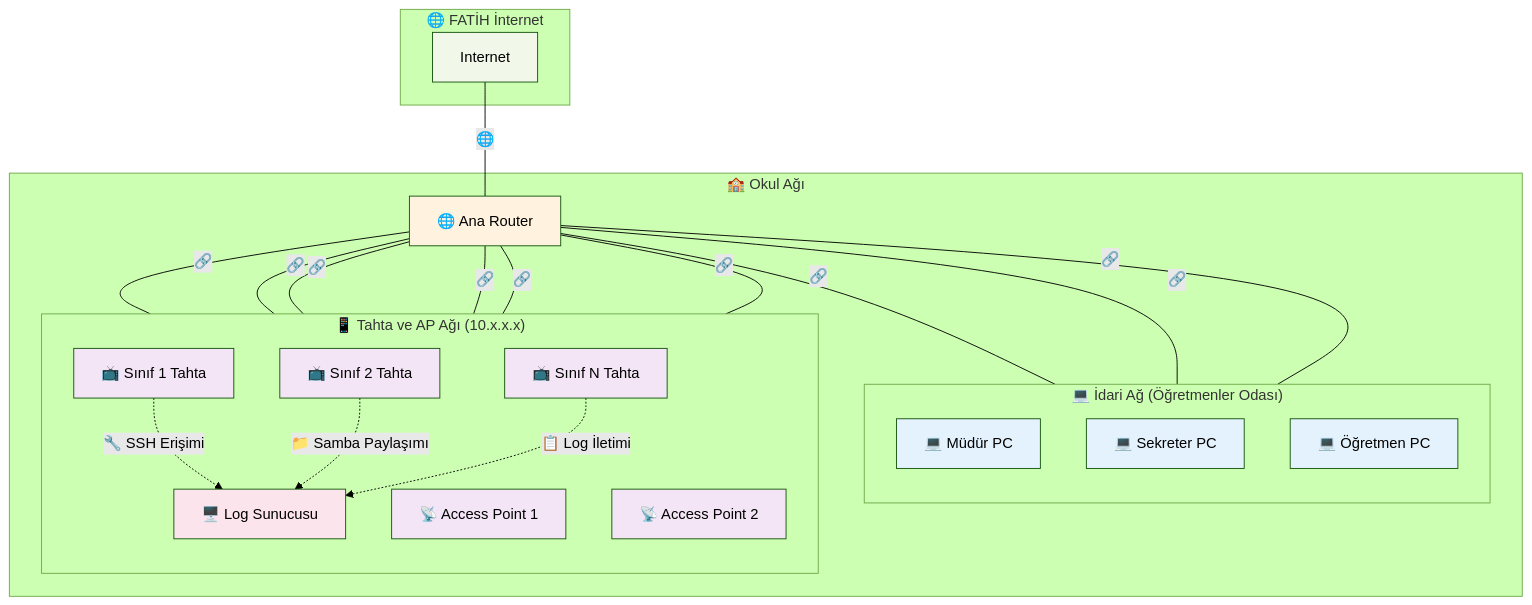
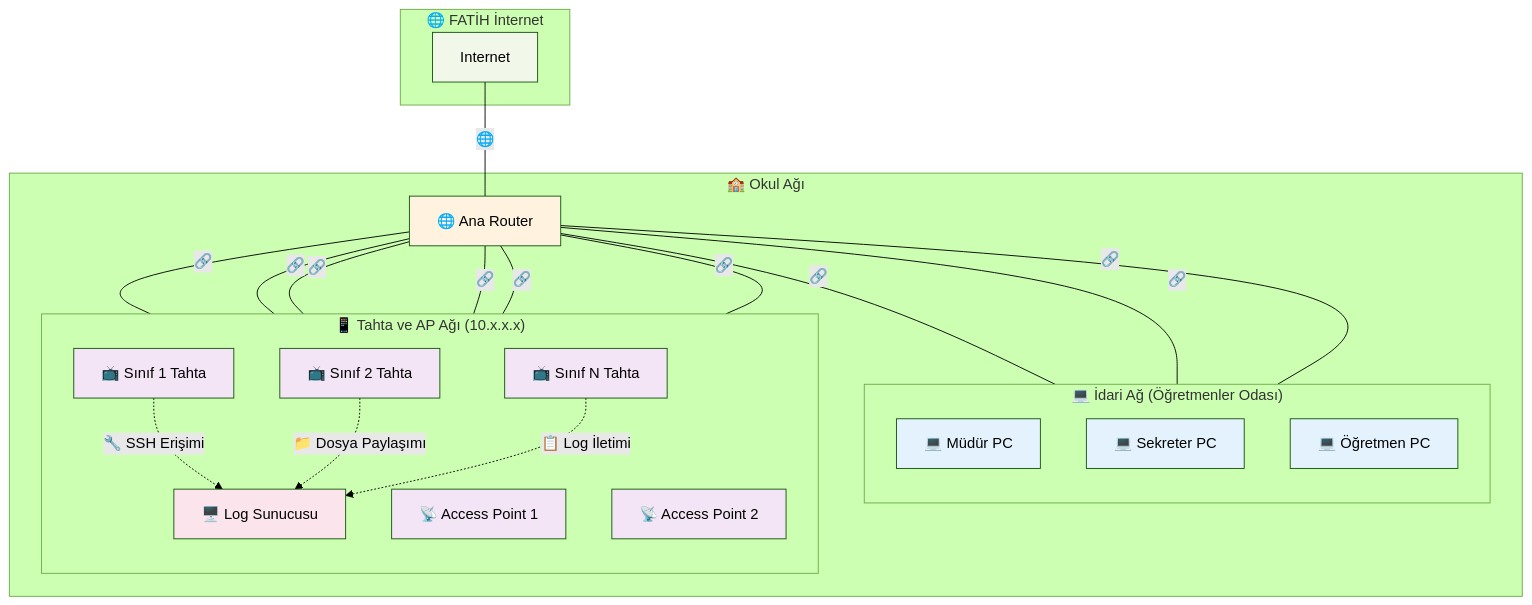
One commit to enseitankado/tiha changed the diagram in README.md. Above: the diagram before and after it, drawn with Mermaid (forest theme). The commit also changed other lines of this file, not shown here.

````diff
--- a/README.md
+++ b/README.md
@@ -95,54 +110,54 @@
 ```mermaid
 graph TB
     subgraph "🌐 FATİH İnternet"
         I[Internet]
     end
 
     subgraph "🏫 Okul Ağı"
         R[🌐 Ana Router]
 
         subgraph "💻 İdari Ağ (Öğretmenler Odası)"
             direction TB
             A1[💻 Müdür PC]
             A2[💻 Sekreter PC]
             A3[💻 Öğretmen PC]
         end
 
         subgraph "📱 Tahta ve AP Ağı (10.x.x.x)"
             direction TB
             T1[📺 Sınıf 1 Tahta]
             T2[📺 Sınıf 2 Tahta]
             T3[📺 Sınıf N Tahta]
             AP1[📡 Access Point 1]
             AP2[📡 Access Point 2]
             LS[🖥️ Log Sunucusu]
         end
     end
 
     I ---|🌐| R
     R ---|🔗| A1
     R ---|🔗| A2
     R ---|🔗| A3
     R ---|🔗| T1
     R ---|🔗| T2
     R ---|🔗| T3
     R ---|🔗| AP1
     R ---|🔗| AP2
     R ---|🔗| LS
 
     T1 -.->|🔧 SSH Erişimi| LS
-    T2 -.->|📁 Samba Paylaşımı| LS
+    T2 -.->|📁 Dosya Paylaşımı| LS
     T3 -.->|📋 Log İletimi| LS
 
     classDef admin fill:#e3f2fd
     classDef tahta fill:#f3e5f5
     classDef internet fill:#f1f8e9
     classDef router fill:#fff3e0
     classDef logserver fill:#fce4ec
 
     class A1,A2,A3 admin
     class T1,T2,T3,AP1,AP2 tahta
     class I internet
     class R router
     class LS logserver
 ```
````
